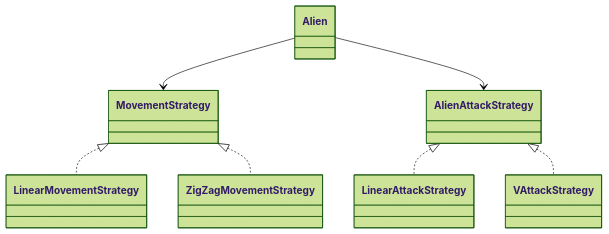
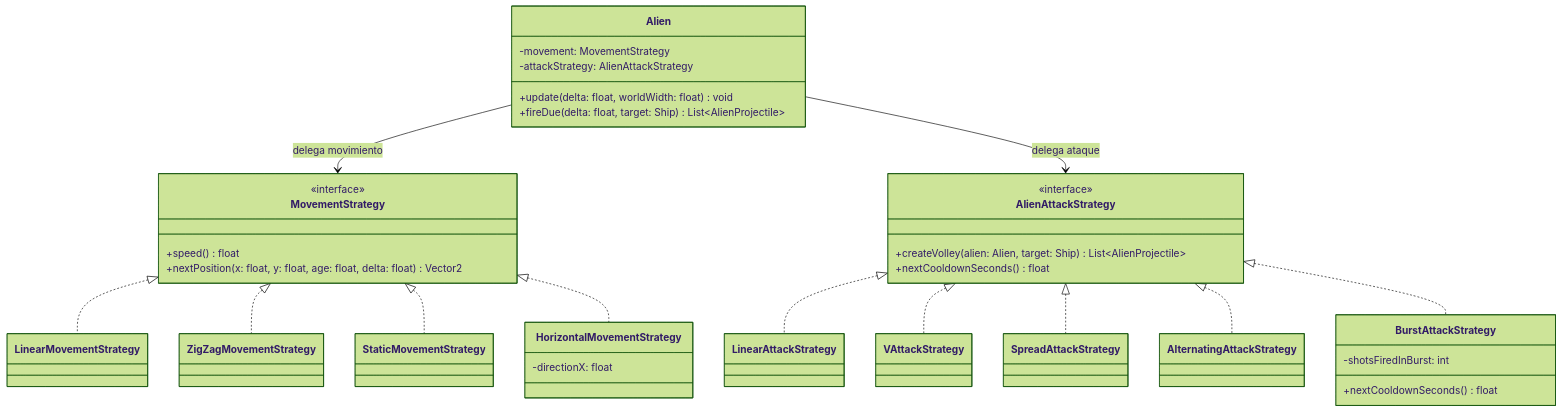
The second of 4 diagrams in REPORTE_PROYECTO.md (L3v1smpr/GameProject), drawn with Mermaid (forest theme) before and after one commit. The commit also changed other lines of this file and 93 other files, not shown here.

Commit message:
Actualizo Alien con cambio de Strategy en tiempo de ejecucion

````diff
--- a/REPORTE_PROYECTO.md
+++ b/REPORTE_PROYECTO.md
@@ -204,16 +221,45 @@
 ```mermaid
 classDiagram
-    class Alien
-    class MovementStrategy
+    class Alien {
+        -movement: MovementStrategy
+        -attackStrategy: AlienAttackStrategy
+        +update(delta: float, worldWidth: float) void
+        +fireDue(delta: float, target: Ship) List~AlienProjectile~
+    }
+    class MovementStrategy {
+        <<interface>>
+        +speed() float
+        +nextPosition(x: float, y: float, age: float, delta: float) Vector2
+    }
+    class AlienAttackStrategy {
+        <<interface>>
+        +createVolley(alien: Alien, target: Ship) List~AlienProjectile~
+        +nextCooldownSeconds() float
+    }
     class LinearMovementStrategy
     class ZigZagMovementStrategy
-    class AlienAttackStrategy
+    class StaticMovementStrategy
+    class HorizontalMovementStrategy {
+        -directionX: float
+    }
     class LinearAttackStrategy
     class VAttackStrategy
-    Alien --> MovementStrategy
-    Alien --> AlienAttackStrategy
+    class SpreadAttackStrategy
+    class AlternatingAttackStrategy
+    class BurstAttackStrategy {
+        -shotsFiredInBurst: int
+        +nextCooldownSeconds() float
+    }
+
+    Alien --> MovementStrategy : delega movimiento
+    Alien --> AlienAttackStrategy : delega ataque
     MovementStrategy <|.. LinearMovementStrategy
     MovementStrategy <|.. ZigZagMovementStrategy
+    MovementStrategy <|.. StaticMovementStrategy
+    MovementStrategy <|.. HorizontalMovementStrategy
     AlienAttackStrategy <|.. LinearAttackStrategy
     AlienAttackStrategy <|.. VAttackStrategy
+    AlienAttackStrategy <|.. SpreadAttackStrategy
+    AlienAttackStrategy <|.. AlternatingAttackStrategy
+    AlienAttackStrategy <|.. BurstAttackStrategy
 ```
````
